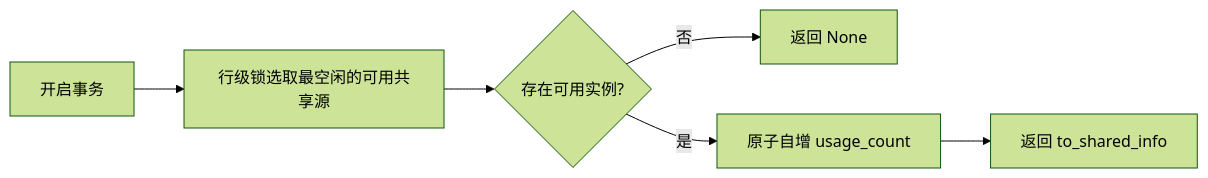
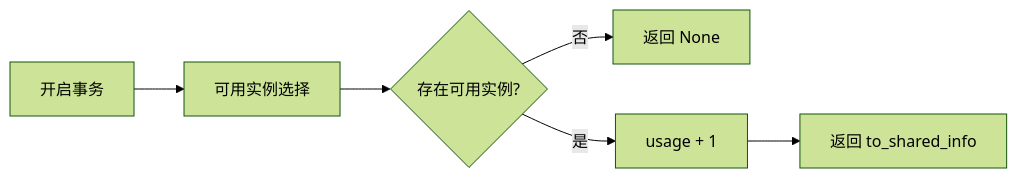
Before and after one commit to ZhuoZhuoCrayon/ai-workspace: the fifth of 10 diagrams in knowledge/bkmonitor/issues/2026-03-03-apm-shared-datasource/PLAN.md, drawn with Mermaid (forest theme). The commit also changed other lines of this file, not shown here.

First line of the commit message:
docs(bkmonitor): refine APM shared datasource PLAN structure and diagrams

````diff
--- a/knowledge/bkmonitor/issues/2026-03-03-apm-shared-datasource/PLAN.md
+++ b/knowledge/bkmonitor/issues/2026-03-03-apm-shared-datasource/PLAN.md
@@ -180,8 +189,8 @@
 ```mermaid
 flowchart LR
-    A[开启事务] --> B[行级锁选取最空闲的可用共享源]
+    A[开启事务] --> B[可用实例选择]
     B --> C{存在可用实例?}
     C -->|否| D[返回 None]
-    C -->|是| E[原子自增 usage_count]
+    C -->|是| E[usage + 1]
     E --> F[返回 to_shared_info]
 ```
````
